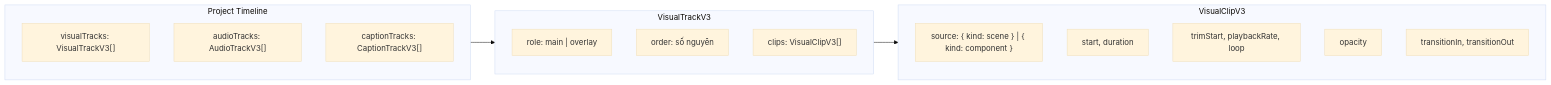
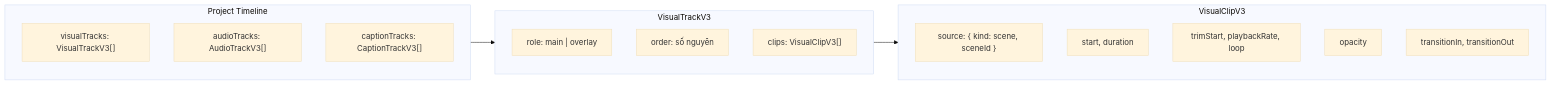
The second of 3 diagrams in docs/guide/v3-format-guide.md (mankhb2k/neonix-native), drawn with Mermaid (base theme) before and after one commit. The commit also changed other lines of this file and 1 other file, not shown here.

Commit message:
docs(guide): document scene-only timeline and legacy migration policy

````diff
--- a/docs/guide/v3-format-guide.md
+++ b/docs/guide/v3-format-guide.md
@@ -146,25 +146,25 @@
 ```mermaid
 flowchart LR
     subgraph Timeline["Project Timeline"]
         direction TB
         VT["visualTracks: VisualTrackV3[]"]
         AT["audioTracks: AudioTrackV3[]"]
         CT["captionTracks: CaptionTrackV3[]"]
     end
 
     subgraph VisualTrack["VisualTrackV3"]
         role["role: main | overlay"]
         order["order: số nguyên"]
         clips["clips: VisualClipV3[]"]
     end
 
     subgraph VisualClip["VisualClipV3"]
-        source["source: { kind: scene } | { kind: component }"]
+        source["source: { kind: scene, sceneId }"]
         start["start, duration"]
         trim["trimStart, playbackRate, loop"]
         opacity["opacity"]
         trans["transitionIn, transitionOut"]
     end
 
     Timeline --> VisualTrack --> VisualClip
 ```
````
